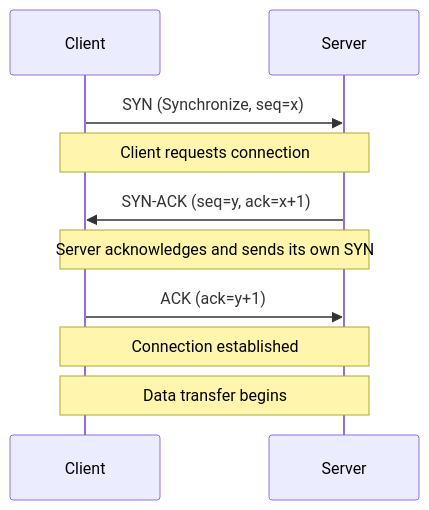
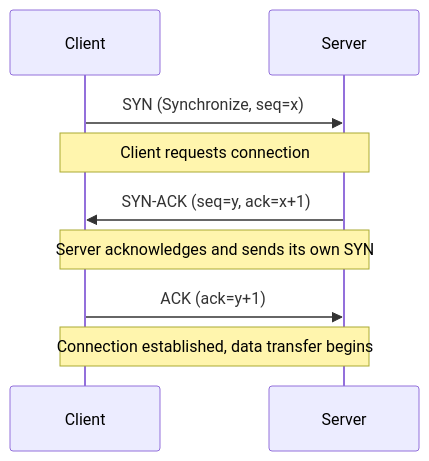
One commit to autoscrape-labs/pydoll changed the second of 3 diagrams in docs/en/deep-dive/network/network-fundamentals.md. Above: the diagram before and after it, drawn with Mermaid. The commit also changed other lines of this file and 4 other files, not shown here.

````diff
--- a/docs/en/deep-dive/network/network-fundamentals.md
+++ b/docs/en/deep-dive/network/network-fundamentals.md
@@ -150,16 +99,14 @@
 ```mermaid
 sequenceDiagram
     participant Client
     participant Server
-    
+
     Client->>Server: SYN (Synchronize, seq=x)
     Note over Client,Server: Client requests connection
-    
+
     Server->>Client: SYN-ACK (seq=y, ack=x+1)
     Note over Client,Server: Server acknowledges and sends its own SYN
-    
+
     Client->>Server: ACK (ack=y+1)
-    Note over Client,Server: Connection established
-    
-    Note over Client,Server: Data transfer begins
+    Note over Client,Server: Connection established, data transfer begins
 ```
````
